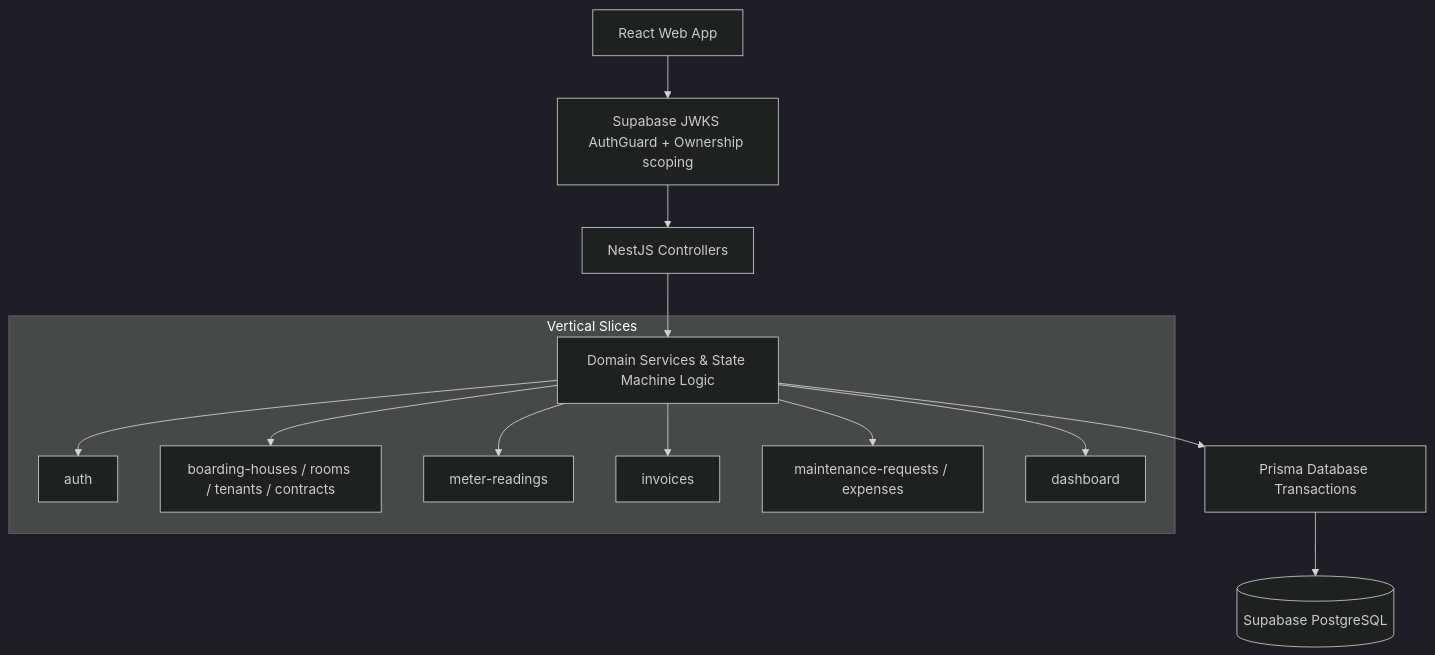
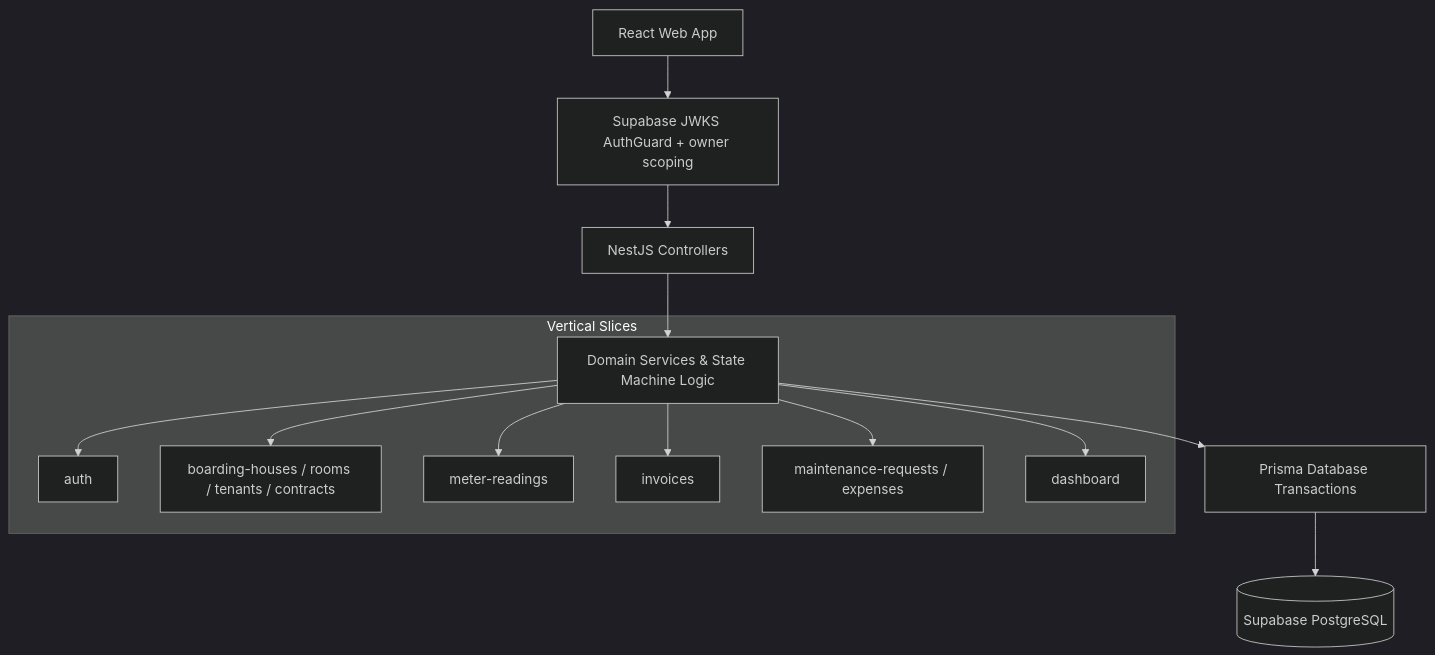
One commit to huyhhuy1410/boarding-house-manager-nestjs-rmk changed the diagram in README.md. Above: the diagram before and after it, drawn with Mermaid (dark theme). The commit also changed other lines of this file and 2 other files, not shown here.

````diff
--- a/README.md
+++ b/README.md
@@ -31,17 +41,17 @@
 ```mermaid
 graph TD
-    Client[React Web App] --> Guards[Supabase JWKS AuthGuard + Ownership scoping]
+    Client[React Web App] --> Guards[Supabase JWKS AuthGuard + owner scoping]
     Guards --> Nest[NestJS Controllers]
     Nest --> Services[Domain Services & State Machine Logic]
     Services --> Transactions[Prisma Database Transactions]
     Transactions --> Postgres[(Supabase PostgreSQL)]
 
     subgraph Vertical Slices
         Services --> AuthModule[auth]
         Services --> PropertyModule[boarding-houses / rooms / tenants / contracts]
         Services --> MeterModule[meter-readings]
         Services --> InvoiceModule[invoices]
         Services --> MaintenanceModule[maintenance-requests / expenses]
         Services --> DashboardModule[dashboard]
     end
 ```
````
